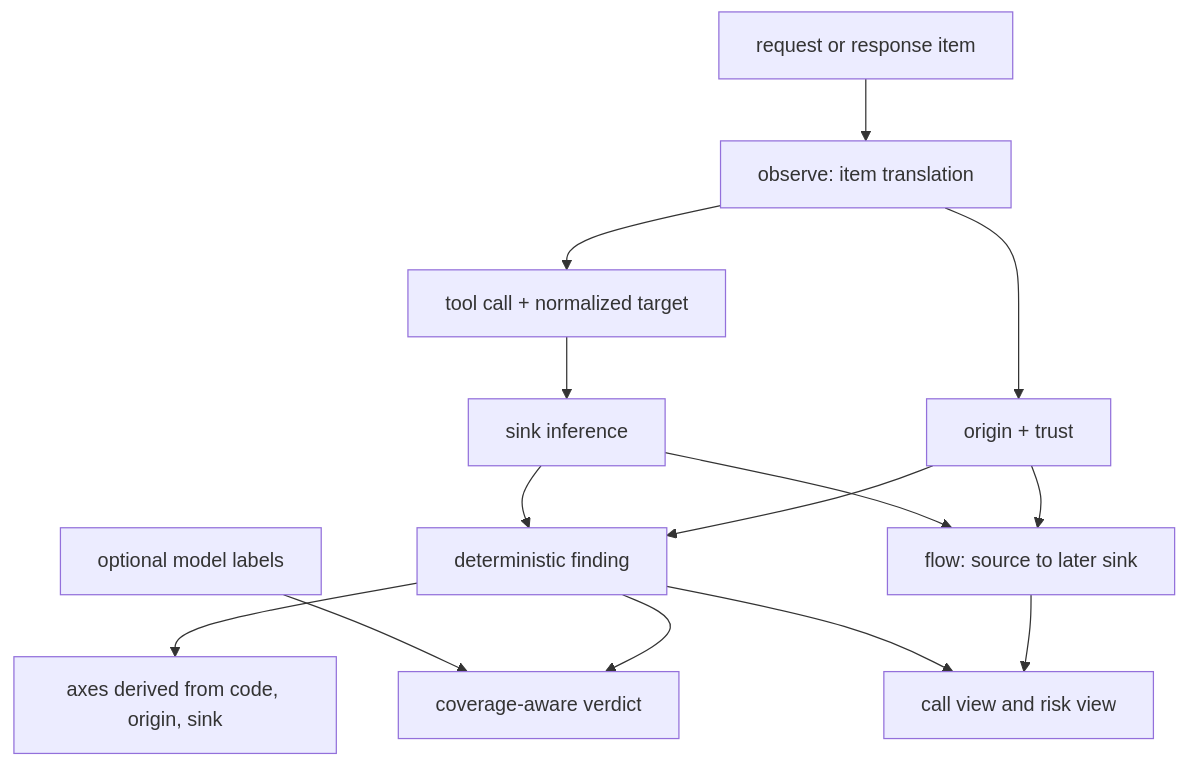
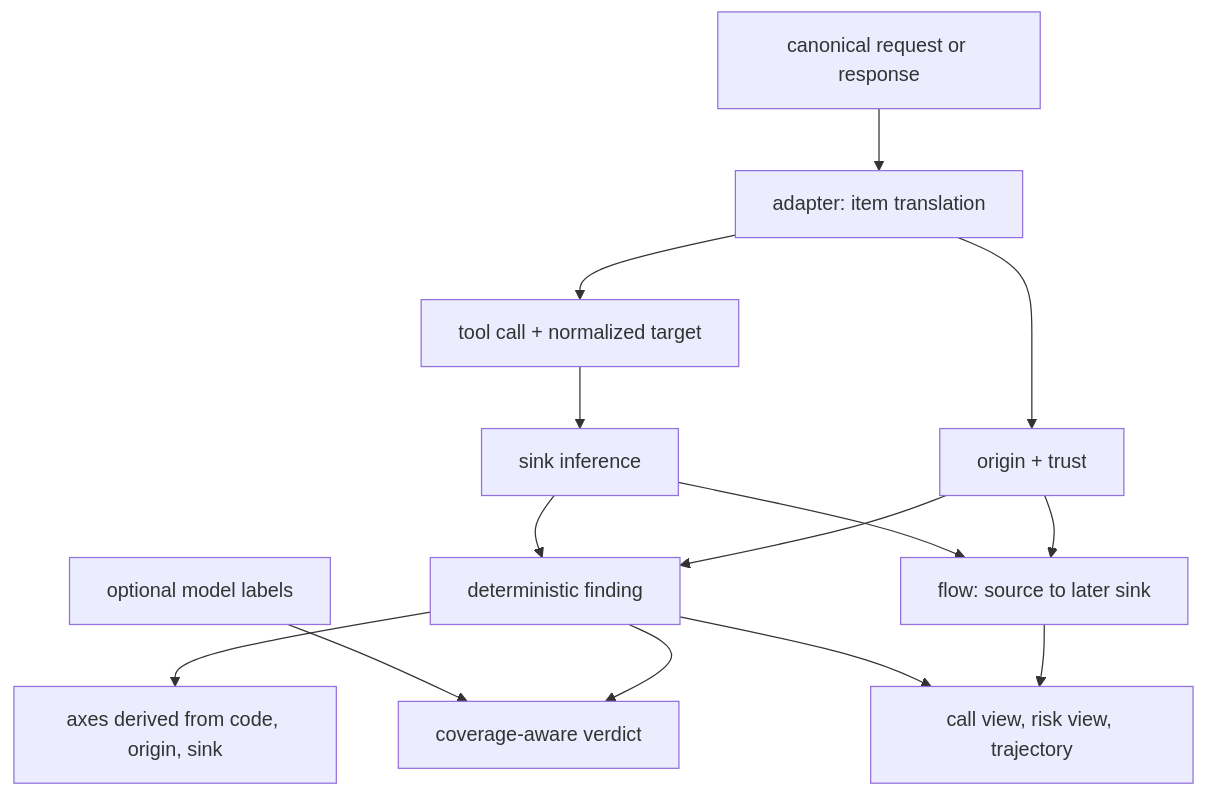
One commit to yv1ing/SafeAgent changed the diagram in docs/agent/model.md. Above: the diagram before and after it, drawn with Mermaid. The commit also changed other lines of this file and 494 other files, not shown here.

````diff
--- a/docs/agent/model.md
+++ b/docs/agent/model.md
@@ -5,16 +5,16 @@
 ```mermaid
 flowchart TB
-    Protocol["request or response item"] --> Obs["observe: item translation"]
+    Protocol["canonical request or response"] --> Obs["adapter: item translation"]
     Obs --> Origin["origin + trust"]
     Obs --> Call["tool call + normalized target"]
     Call --> Sink["sink inference"]
     Origin --> Finding["deterministic finding"]
     Sink --> Finding
     Finding --> Axes["axes derived from code, origin, sink"]
     Origin --> Flow["flow: source to later sink"]
     Sink --> Flow
     Finding --> Verdict["coverage-aware verdict"]
     Model["optional model labels"] --> Verdict
-    Flow --> Reports["call view and risk view"]
+    Flow --> Reports["call view, risk view, trajectory"]
     Finding --> Reports
 ```
````
